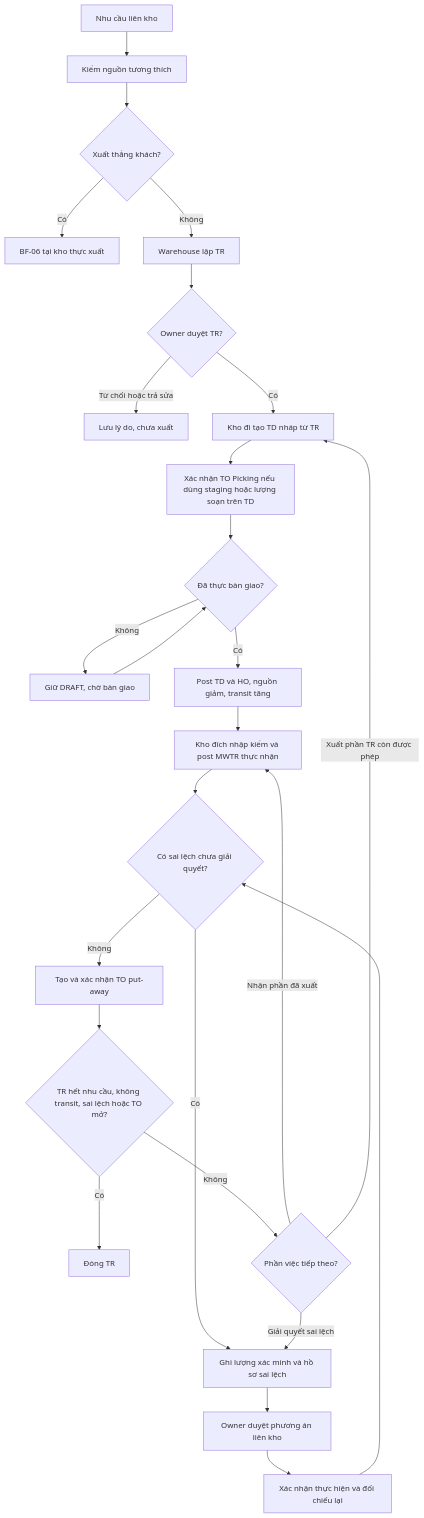
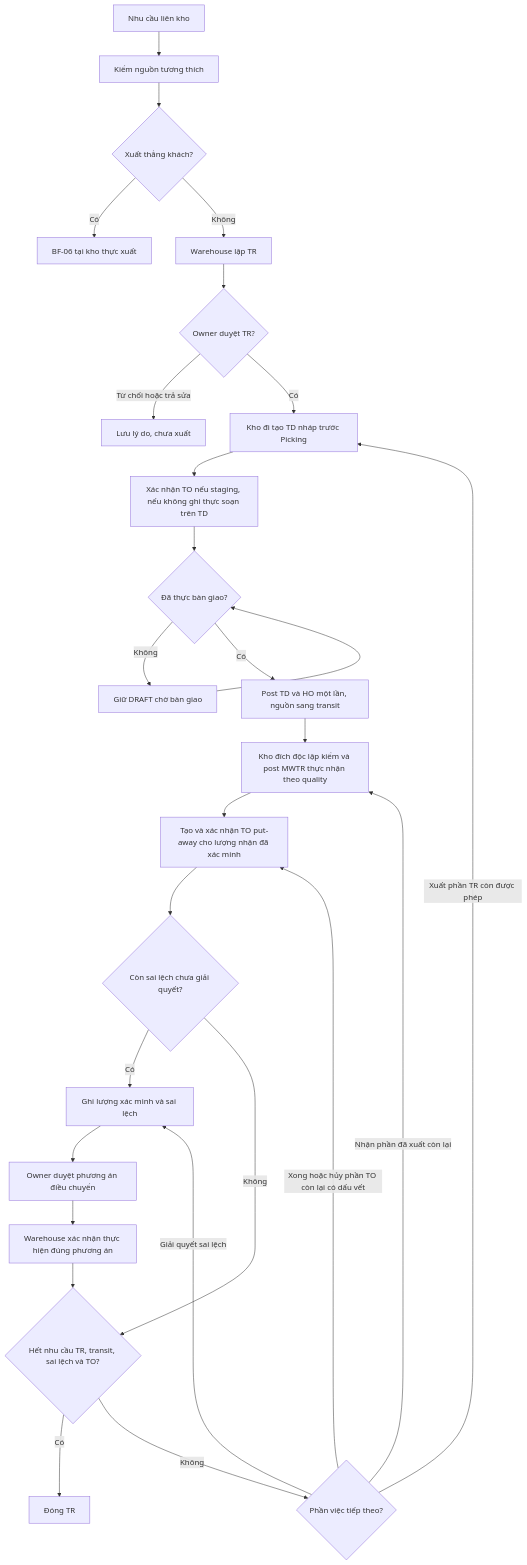
The fifth of 9 diagrams in docs/02_nghiep_vu/de_xuat_quy_trinh_2_VI.md (minhbach032003/docs_doan), drawn with Mermaid before and after one commit. The commit also changed other lines of this file and 25 other files, not shown here.

````diff
--- a/docs/02_nghiep_vu/de_xuat_quy_trinh_2_VI.md
+++ b/docs/02_nghiep_vu/de_xuat_quy_trinh_2_VI.md
@@ -725,28 +740,30 @@
 ```mermaid
+%% WMSD business baseline 3.1.0 - synchronized 2026-10-25
 flowchart TD
  A[Nhu cầu liên kho] --> B[Kiểm nguồn tương thích]
  B --> C{Xuất thẳng khách?}
  C -->|Có| D[BF-06 tại kho thực xuất]
  C -->|Không| E[Warehouse lập TR]
  E --> F{Owner duyệt TR?}
  F -->|Từ chối hoặc trả sửa| G[Lưu lý do, chưa xuất]
- F -->|Có| H[Kho đi tạo TD nháp từ TR]
- H --> T[Xác nhận TO Picking nếu dùng staging hoặc lượng soạn trên TD]
+ F -->|Có| H[Kho đi tạo TD nháp trước Picking]
+ H --> T[Xác nhận TO nếu staging, nếu không ghi thực soạn trên TD]
  T --> Q{Đã thực bàn giao?}
- Q -->|Không| W[Giữ DRAFT, chờ bàn giao]
+ Q -->|Không| W[Giữ DRAFT chờ bàn giao]
  W --> Q
- Q -->|Có| I[Post TD và HO, nguồn giảm, transit tăng]
- I --> J[Kho đích nhập kiểm và post MWTR thực nhận]
- J --> K{Có sai lệch chưa giải quyết?}
- K -->|Có| M[Ghi lượng xác minh và hồ sơ sai lệch]
- M --> N[Owner duyệt phương án liên kho]
- N --> O[Xác nhận thực hiện và đối chiếu lại]
- O --> K
- K -->|Không| L[Tạo và xác nhận TO put-away]
- L --> R{TR hết nhu cầu, không transit, sai lệch hoặc TO mở?}
+ Q -->|Có| I[Post TD và HO một lần, nguồn sang transit]
+ I --> J[Kho đích độc lập kiểm và post MWTR thực nhận theo quality]
+ J --> L[Tạo và xác nhận TO put-away cho lượng nhận đã xác minh]
+ L --> K{Còn sai lệch chưa giải quyết?}
+ K -->|Có| M[Ghi lượng xác minh và sai lệch]
+ M --> N[Owner duyệt phương án điều chuyển]
+ N --> O[Warehouse xác nhận thực hiện đúng phương án]
+ O --> R
+ K -->|Không| R{Hết nhu cầu TR, transit, sai lệch và TO?}
  R -->|Có| Z[Đóng TR]
  R -->|Không| P{Phần việc tiếp theo?}
- P -->|Nhận phần đã xuất| J
+ P -->|Nhận phần đã xuất còn lại| J
  P -->|Xuất phần TR còn được phép| H
  P -->|Giải quyết sai lệch| M
+ P -->|Xong hoặc hủy phần TO còn lại có dấu vết| L
 ```
````
